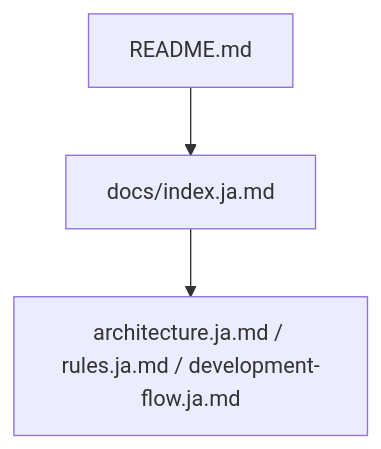
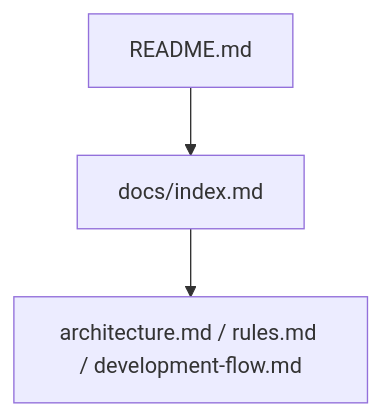
Before and after one commit to Tomy-ch/go-boilerplate: the seventh of 7 diagrams in docs/index.md, drawn with Mermaid. The commit also changed other lines of this file and 29 other files, not shown here.

````diff
--- a/docs/index.md
+++ b/docs/index.md
@@ -105,4 +105,4 @@
 ```mermaid
 flowchart TB
-    Readme["README.md"] --> Index["docs/index.ja.md"] --> Docs["architecture.ja.md / rules.ja.md / development-flow.ja.md"]
+    Readme["README.md"] --> Index["docs/index.md"] --> Docs["architecture.md / rules.md / development-flow.md"]
 ```
````
